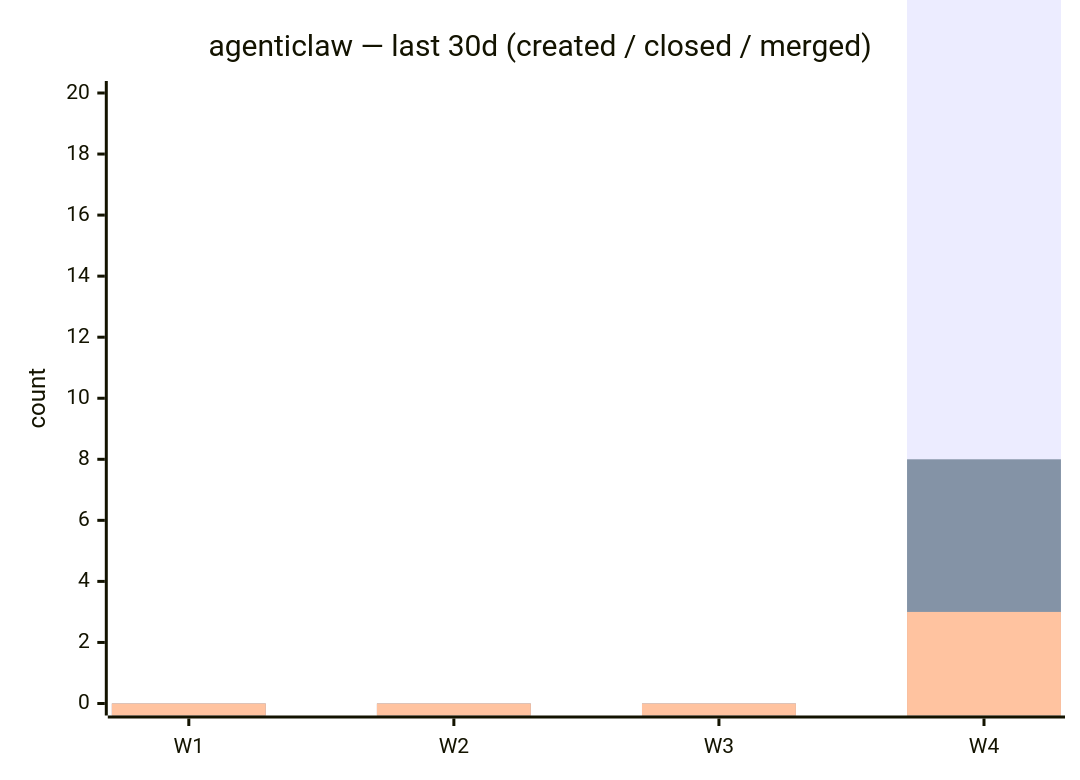
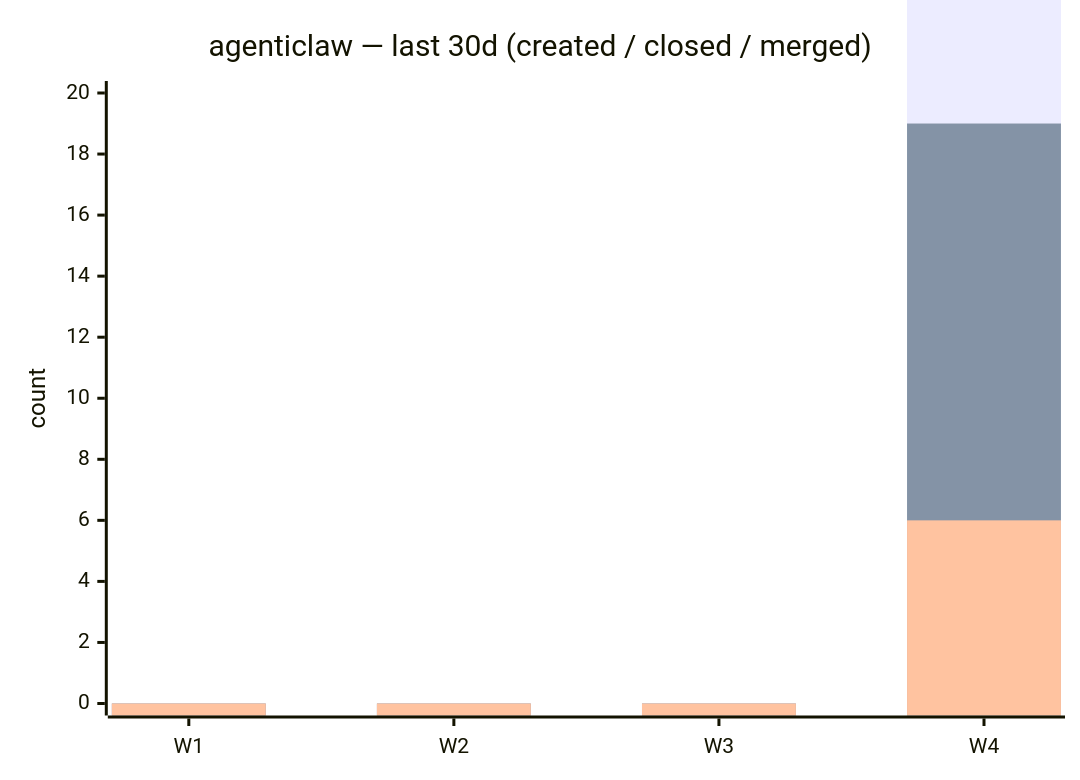
The diagram in profile/README.md (agentiagency/.github), drawn with Mermaid before and after one commit. The commit also changed other lines of this file, not shown here.

Commit message:
chore: update dashboard [skip ci]

````diff
--- a/profile/README.md
+++ b/profile/README.md
@@ -98,9 +98,9 @@
 ```mermaid
 xychart-beta
   title "agenticlaw — last 30d (created / closed / merged)"
   x-axis ["W1", "W2", "W3", "W4"]
   y-axis "count" 0 --> 20
   bar [0, 0, 0, 42]
-  bar [0, 0, 0, 8]
-  bar [0, 0, 0, 3]
+  bar [0, 0, 0, 19]
+  bar [0, 0, 0, 6]
 ```
````
